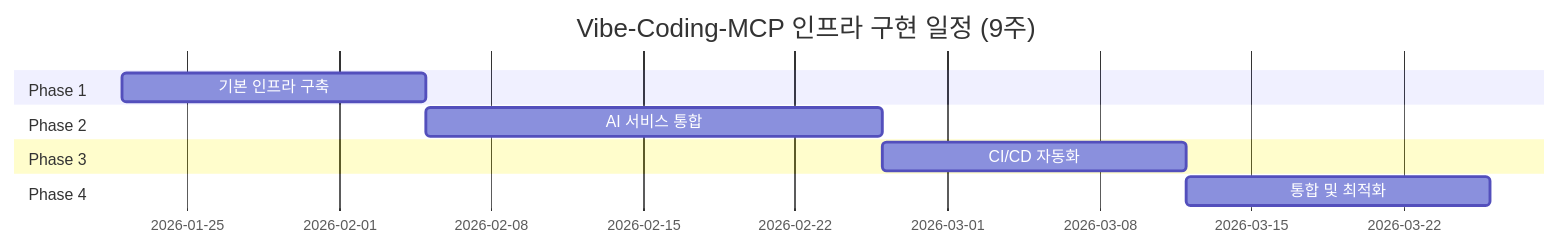
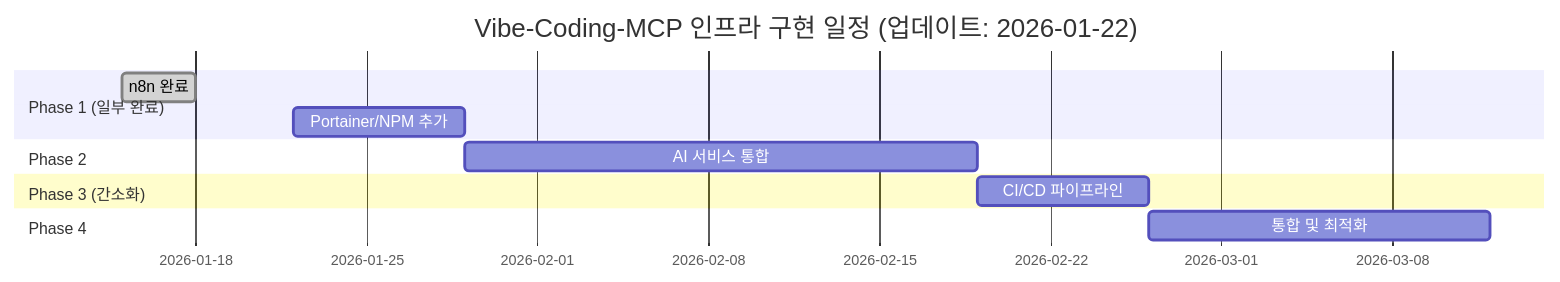
One commit to holee9/vibe-coding-mcp changed the first of 5 diagrams in .moai/project/infrastructure-plan.md. Above: the diagram before and after it, drawn with Mermaid. The commit also changed other lines of this file and 1 other file, not shown here.

````diff
--- a/.moai/project/infrastructure-plan.md
+++ b/.moai/project/infrastructure-plan.md
@@ -33,13 +33,14 @@
 ```mermaid
 gantt
-    title Vibe-Coding-MCP 인프라 구현 일정 (9주)
+    title Vibe-Coding-MCP 인프라 구현 일정 (업데이트: 2026-01-22)
     dateFormat  YYYY-MM-DD
-    section Phase 1
-    기본 인프라 구축           :p1, 2026-01-22, 2w
+    section Phase 1 (일부 완료)
+    n8n 완료                     :done, p1a, 2026-01-15, 3d
+    Portainer/NPM 추가           :p1b, 2026-01-22, 1w
     section Phase 2
-    AI 서비스 통합            :p2, after p1, 3w
-    section Phase 3
-    CI/CD 자동화              :p3, after p2, 2w
+    AI 서비스 통합               :p2, after p1b, 3w
+    section Phase 3 (간소화)
+    CI/CD 파이프라인              :p3, after p2, 1w
     section Phase 4
-    통합 및 최적화            :p4, after p3, 2w
+    통합 및 최적화                :p4, after p3, 2w
 ```
````
